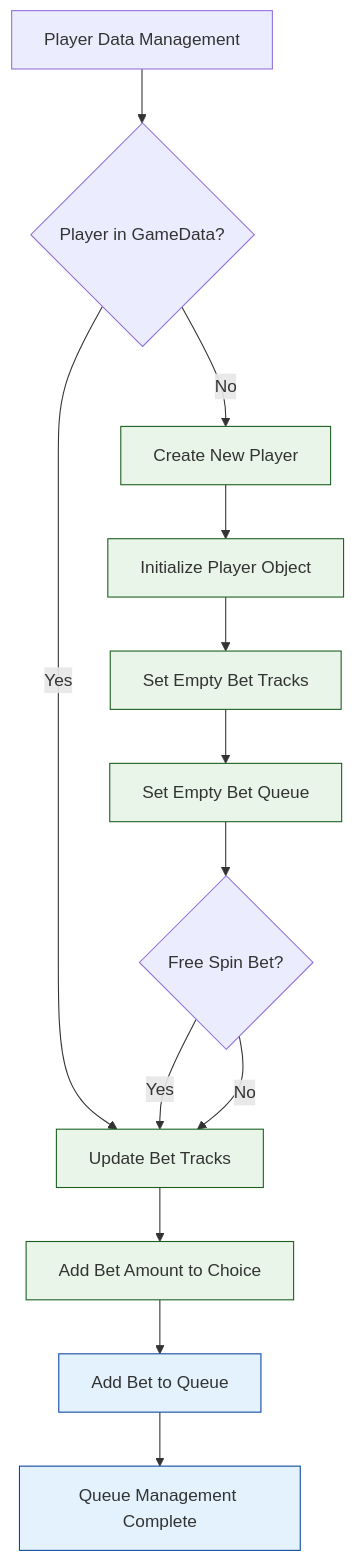
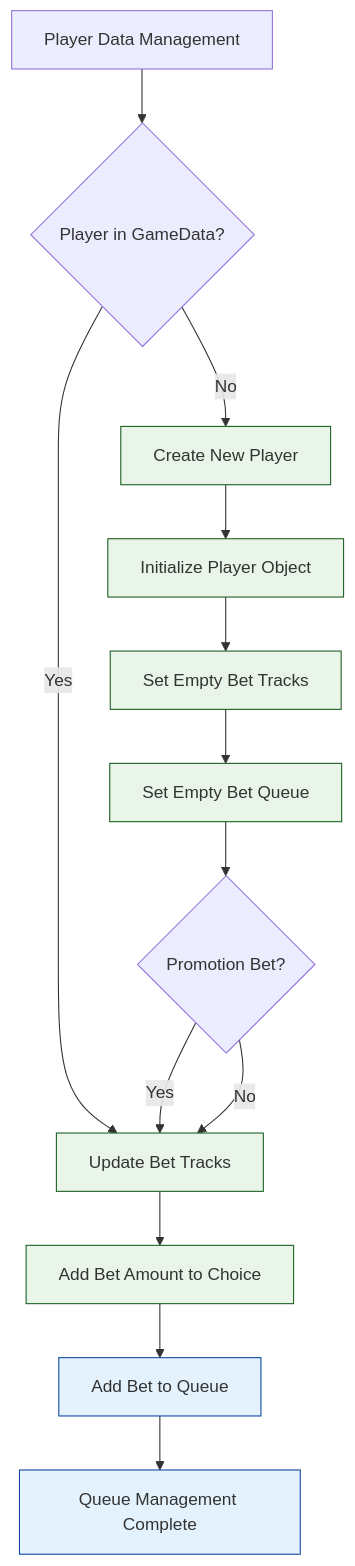
The sixth of 13 diagrams in diagrams/place-bet-flow-diagram.md (starixvn/l1_sc-packages_sc-game-base), drawn with Mermaid before and after one commit. The commit also changed other lines of this file and 16 other files, not shown here.

````diff
--- a/diagrams/place-bet-flow-diagram.md
+++ b/diagrams/place-bet-flow-diagram.md
@@ -181,24 +181,24 @@
 ```mermaid
 flowchart TD
     PlayerManagement[Player Data Management] --> PlayerExists{Player in GameData?}
     PlayerExists -->|No| CreatePlayer[Create New Player]
     PlayerExists -->|Yes| UpdateTracks[Update Bet Tracks]
 
     CreatePlayer --> InitializePlayer[Initialize Player Object]
     InitializePlayer --> SetBetTracks[Set Empty Bet Tracks]
     SetBetTracks --> SetBetQueue[Set Empty Bet Queue]
-    SetBetQueue --> CheckFreeSpin{Free Spin Bet?}
+    SetBetQueue --> CheckPromotion{Promotion Bet?}
 
-    CheckFreeSpin -->|Yes| UpdateTracks
-    CheckFreeSpin -->|No| UpdateTracks
+    CheckPromotion -->|Yes| UpdateTracks
+    CheckPromotion -->|No| UpdateTracks
 
     UpdateTracks --> AddAmount[Add Bet Amount to Choice]
     AddAmount --> QueueBet[Add Bet to Queue]
     QueueBet --> QueueComplete[Queue Management Complete]
 
     classDef dataStyle fill:#e8f5e8,stroke:#1b5e20
     classDef processStyle fill:#e3f2fd,stroke:#0d47a1
 
     class CreatePlayer,InitializePlayer,SetBetTracks,SetBetQueue,UpdateTracks,AddAmount dataStyle
     class QueueBet,QueueComplete processStyle
 ```
````
